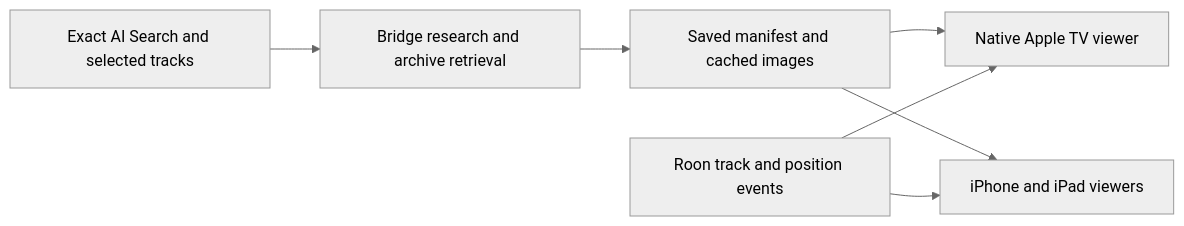
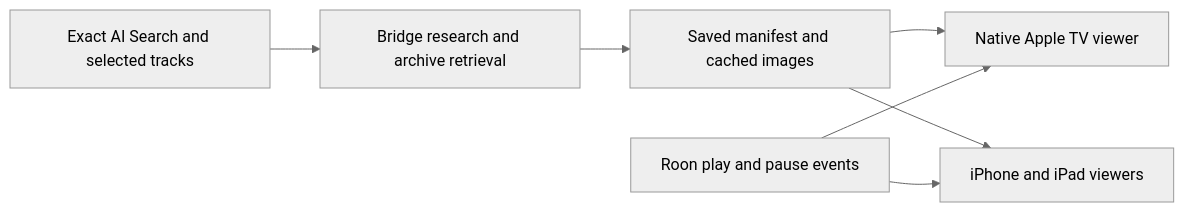
Before and after one commit to djehring/roon-ios: the diagram in docs/design/time-capsule.md, drawn with Mermaid (neutral theme). The commit also changed other lines of this file and 8 other files, not shown here.

````diff
--- a/docs/design/time-capsule.md
+++ b/docs/design/time-capsule.md
@@ -42,9 +45,9 @@
 ```mermaid
 flowchart LR
   A[Exact AI Search and selected tracks] --> B[Bridge research and archive retrieval]
   B --> C[Saved manifest and cached images]
   C --> T[Native Apple TV viewer]
   C --> P[iPhone and iPad viewers]
-  R[Roon track and position events] --> T
+  R[Roon play and pause events] --> T
   R --> P
 ```
````
